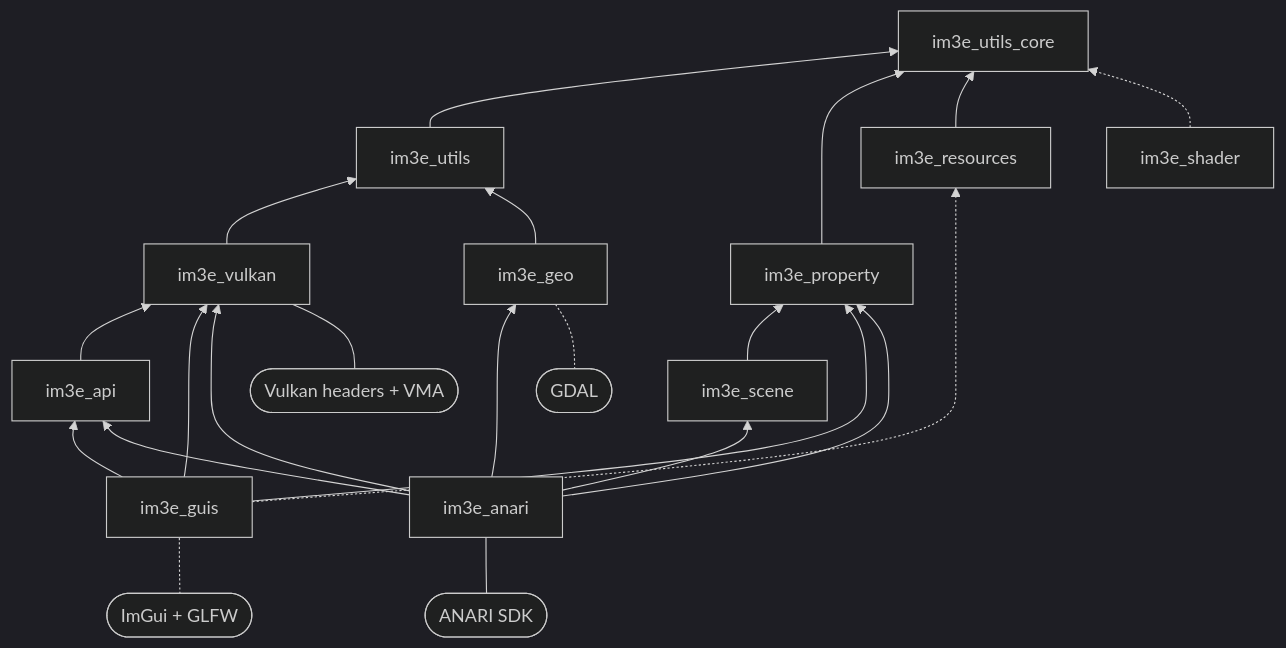
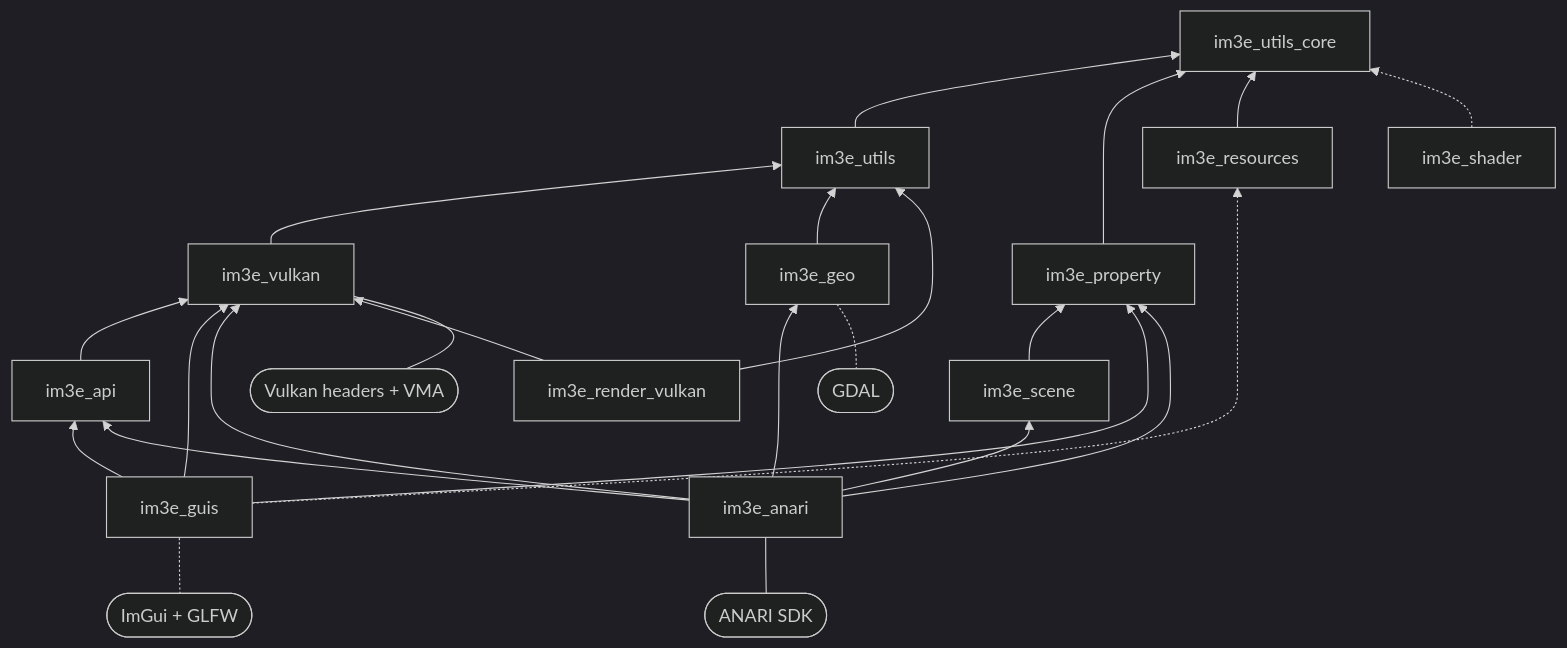
The first of 2 diagrams in docs/architecture/index.md (lmt-dev-inc/icymoon), drawn with Mermaid (dark theme) before and after one commit. The commit also changed other lines of this file and 3 other files, not shown here.

````diff
--- a/docs/architecture/index.md
+++ b/docs/architecture/index.md
@@ -75,37 +76,40 @@
 ```mermaid
 flowchart BT
     core[im3e_utils_core]
     props[im3e_property]
     utils[im3e_utils]
     api[im3e_api]
     vulkan[im3e_vulkan]
     geo[im3e_geo]
     scene[im3e_scene]
     shader[im3e_shader]
     resources[im3e_resources]
     guis[im3e_guis]
     anari[im3e_anari]
+    rvulkan[im3e_render_vulkan]
 
     utils --> core
     props --> core
     resources --> core
     vulkan --> utils
     api --> vulkan
     geo --> utils
     scene --> props
     shader -.-> core
     guis --> api
     guis --> props
     guis --> vulkan
     guis -.-> resources
     anari --> api
     anari --> vulkan
     anari --> geo
     anari --> props
     anari --> scene
+    rvulkan --> utils
+    rvulkan --> vulkan
 
     gdal([GDAL]) -.- geo
     anarisdk([ANARI SDK]) --- anari
     imgui([ImGui + GLFW]) -.- guis
     vk([Vulkan headers + VMA]) --- vulkan
 ```
````
